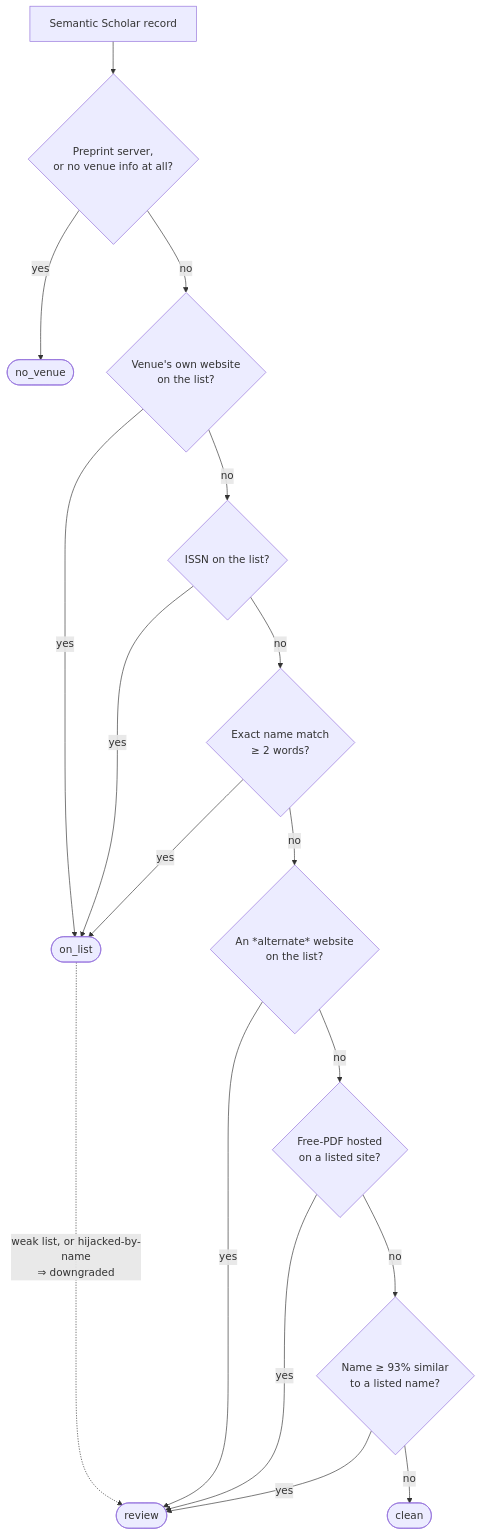
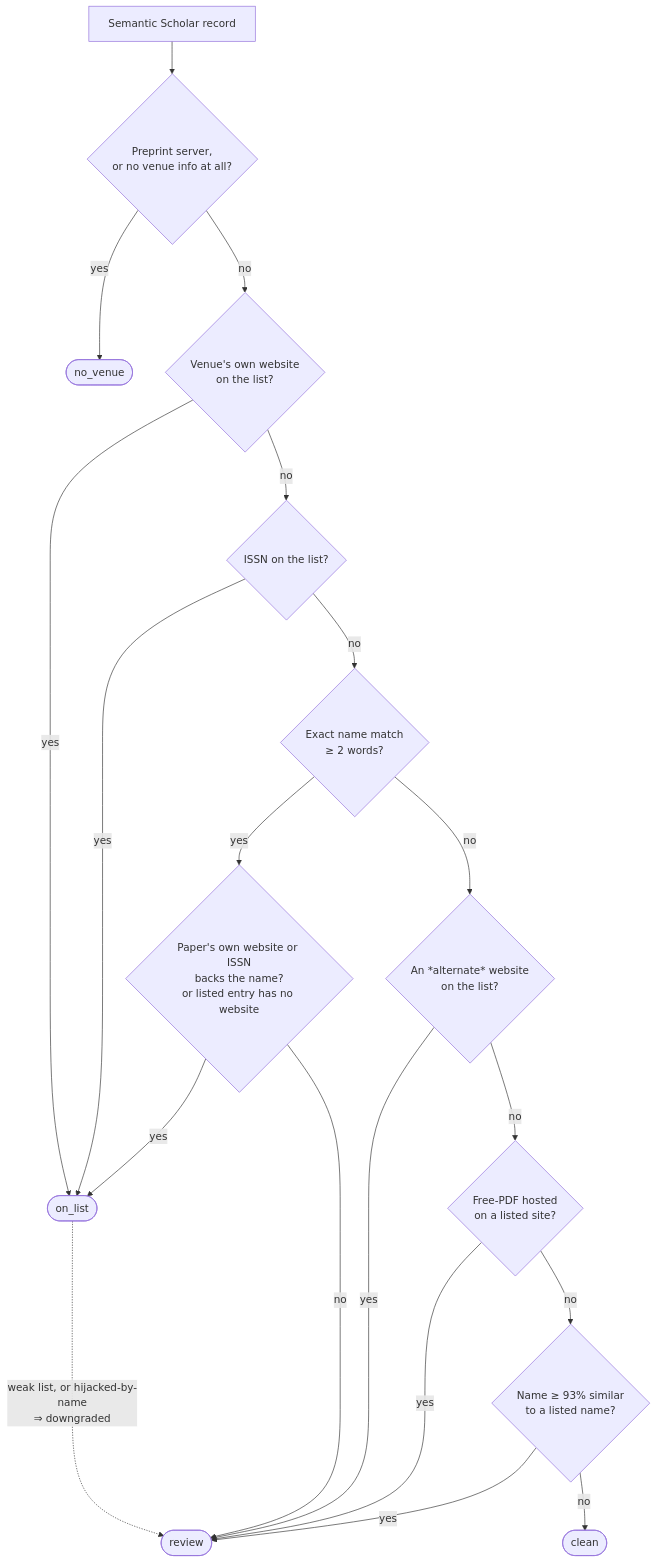
The diagram in README.md (AminDaryan/Beall-s-List-check), drawn with Mermaid before and after one commit. The commit also changed other lines of this file and 5 other files, not shown here.

````diff
--- a/README.md
+++ b/README.md
@@ -178,19 +181,21 @@
 ```mermaid
 flowchart TD
     A[Semantic Scholar record] --> B{Preprint server,<br/>or no venue info at all?}
     B -- yes --> NV([no_venue])
     B -- no --> C{Venue's own website<br/>on the list?}
     C -- yes --> ON([on_list])
     C -- no --> D{ISSN on the list?}
     D -- yes --> ON
     D -- no --> E{Exact name match<br/>≥ 2 words?}
-    E -- yes --> ON
+    E -- yes --> E2{Paper's own website or ISSN<br/>backs the name?<br/>or listed entry has no website}
+    E2 -- yes --> ON
+    E2 -- no --> RV([review])
     E -- no --> F{An *alternate* website<br/>on the list?}
-    F -- yes --> RV([review])
+    F -- yes --> RV
     F -- no --> G{Free-PDF hosted<br/>on a listed site?}
     G -- yes --> RV
     G -- no --> H{Name ≥ 93% similar<br/>to a listed name?}
     H -- yes --> RV
     H -- no --> CL([clean])
     ON -. "weak list, or hijacked-by-name<br/>⇒ downgraded" .-> RV
 ```
````
